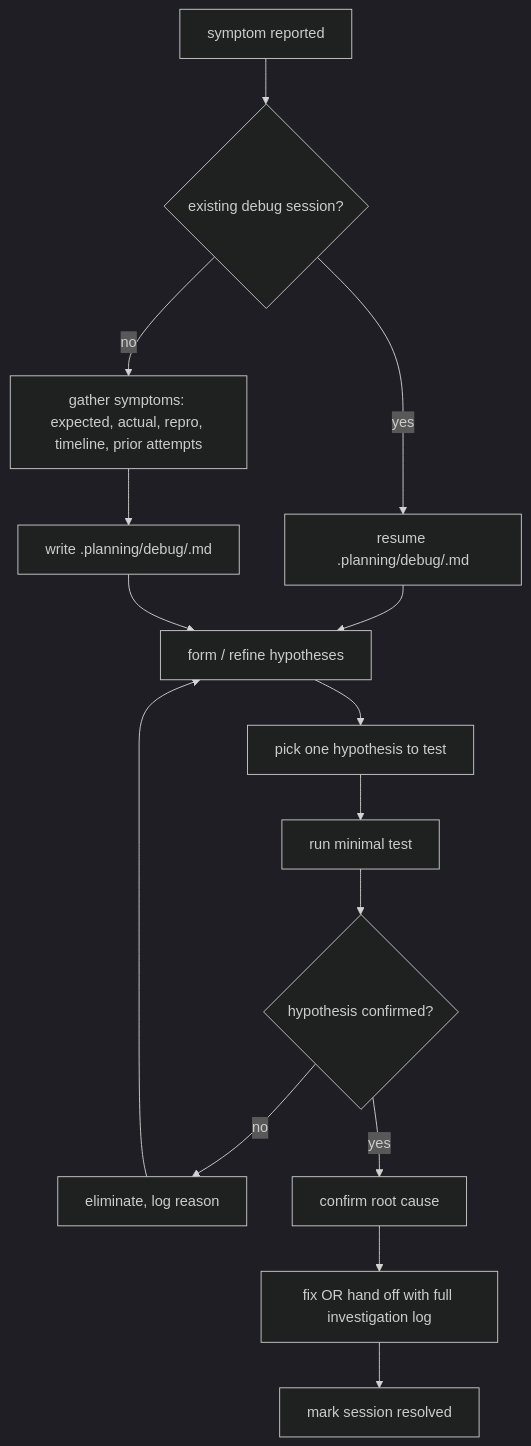
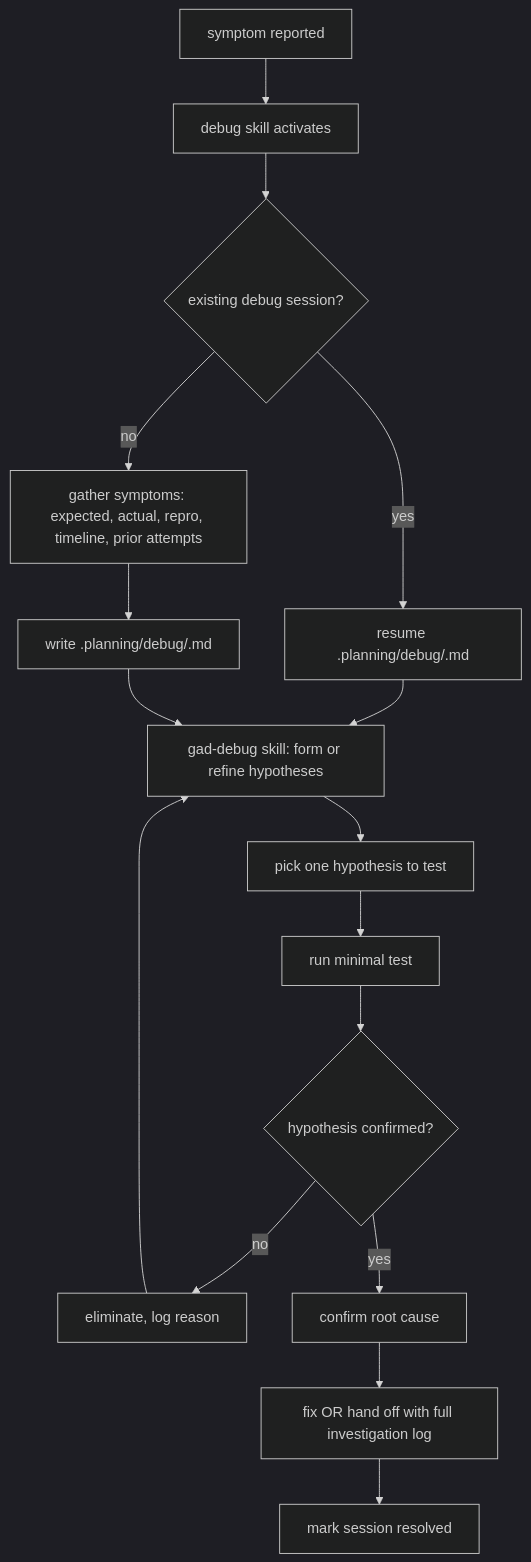
One commit to MagicbornStudios/get-anything-done changed the diagram in .planning/workflows/gad-debug.md. Above: the diagram before and after it, drawn with Mermaid (dark theme). The commit also changed other lines of this file and 13 other files, not shown here.

````diff
--- a/.planning/workflows/gad-debug.md
+++ b/.planning/workflows/gad-debug.md
@@ -27,17 +27,18 @@
 ```mermaid
 flowchart TD
-  A[symptom reported] --> B{existing debug session?}
-  B -->|yes| C[resume .planning/debug/<slug>.md]
-  B -->|no| D[gather symptoms: expected, actual, repro, timeline, prior attempts]
-  D --> E[write .planning/debug/<slug>.md]
-  C --> F[form / refine hypotheses]
-  E --> F
-  F --> G[pick one hypothesis to test]
-  G --> H[run minimal test]
-  H --> I{hypothesis confirmed?}
-  I -->|no| J[eliminate, log reason]
-  I -->|yes| K[confirm root cause]
-  J --> F
-  K --> L[fix OR hand off with full investigation log]
-  L --> M[mark session resolved]
+  A[symptom reported] --> B[debug skill activates]
+  B --> C{existing debug session?}
+  C -->|yes| D[resume .planning/debug/<slug>.md]
+  C -->|no| E[gather symptoms: expected, actual, repro, timeline, prior attempts]
+  E --> F[write .planning/debug/<slug>.md]
+  D --> G[gad-debug skill: form or refine hypotheses]
+  F --> G
+  G --> H[pick one hypothesis to test]
+  H --> I[run minimal test]
+  I --> J{hypothesis confirmed?}
+  J -->|no| K[eliminate, log reason]
+  J -->|yes| L[confirm root cause]
+  K --> G
+  L --> M[fix OR hand off with full investigation log]
+  M --> N[mark session resolved]
 ```
````
